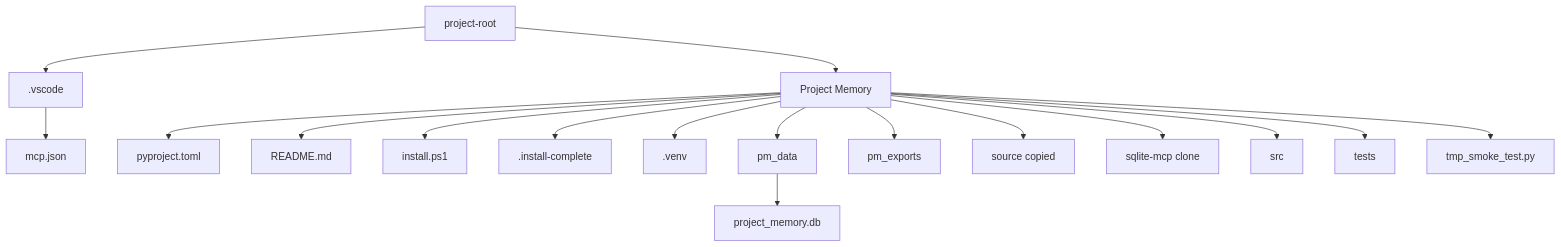
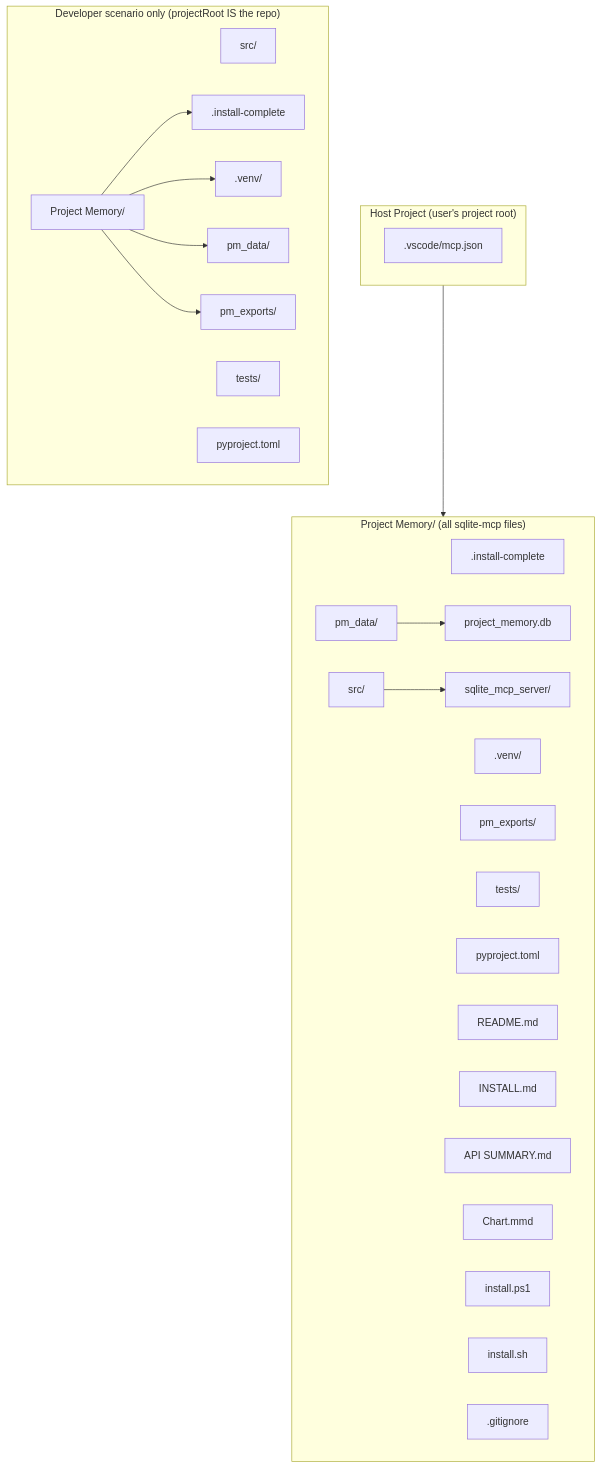
One commit to WebRTCGame/SQLITE-MCP changed the diagram in Chart.mmd. Above: the diagram before and after it, drawn with Mermaid. The commit also changed 17 other files, not shown here.

First line of the commit message:
Project Memory install flow; DB & server tweaks

```diff
--- a/Chart.mmd
+++ b/Chart.mmd
@@ -1,18 +1,36 @@
 flowchart TD
-  A[project-root]
-  G --> B[pyproject.toml]
-  G --> C[README.md]
-  G --> D[install.ps1]
-  A --> E[.vscode]
-  E --> F[mcp.json]
-  A --> G[Project Memory]
-  G --> H[.install-complete]
-  G --> I[.venv]
-  G --> J[pm_data]
-  J --> K[project_memory.db]
-  G --> L[pm_exports]
-  G --> M[source copied]
-  G --> N[sqlite-mcp clone]
-  G --> O[src]
-  G --> P[tests]
-  G --> Q[tmp_smoke_test.py]
+  subgraph HOST["Host Project (user's project root)"]
+    A[.vscode/mcp.json]
+  end
+
+  subgraph PM["Project Memory/ (all sqlite-mcp files)"]
+    B[.install-complete]
+    C[.venv/]
+    D[pm_data/]
+      D --> E[project_memory.db]
+    F[pm_exports/]
+    G[src/]
+      G --> H[sqlite_mcp_server/]
+    I[tests/]
+    J[pyproject.toml]
+    K[README.md]
+    L[INSTALL.md]
+    M[API SUMMARY.md]
+    N[Chart.mmd]
+    O[install.ps1]
+    P[install.sh]
+    Q[.gitignore]
+  end
+
+  HOST --> PM
+
+  subgraph DEV["Developer scenario only (projectRoot IS the repo)"]
+    R[src/]
+    S[tests/]
+    T[pyproject.toml]
+    U[Project Memory/]
+      U --> V[.install-complete]
+      U --> W[.venv/]
+      U --> X[pm_data/]
+      U --> Y[pm_exports/]
+  end
```
